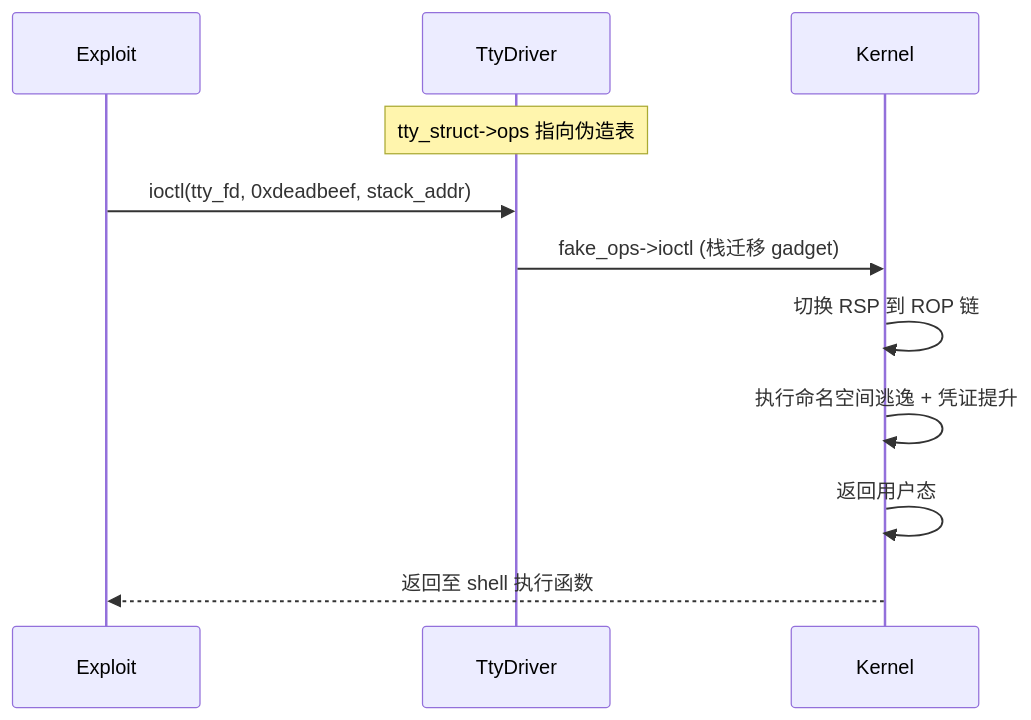
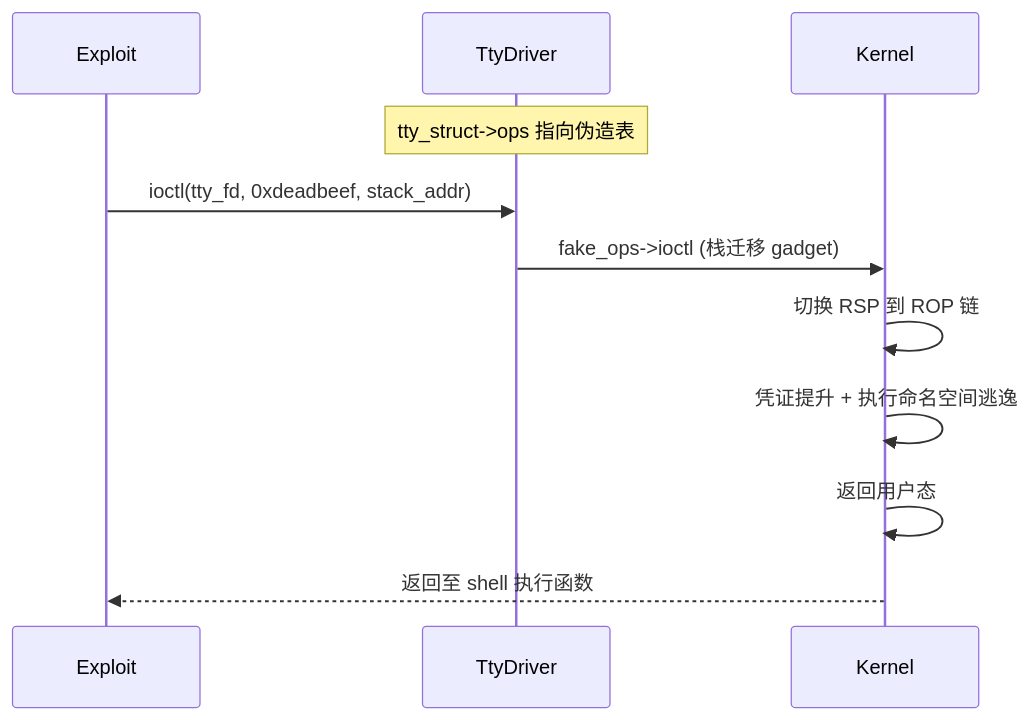
One commit to BinRacer/BinRacer.github.io changed diagram 14 of 52 in _posts/2026-05-24-KernelExploit-CVE-2021-22600.md. Above: the diagram before and after it, drawn with Mermaid. The commit also changed other lines of this file and 2 other files, not shown here.

Commit message:
update 【Kernel Exploit】CVE-2021-22600 漏洞分析

````diff
--- a/_posts/2026-05-24-KernelExploit-CVE-2021-22600.md
+++ b/_posts/2026-05-24-KernelExploit-CVE-2021-22600.md
@@ -841,14 +841,14 @@
 ```mermaid
 sequenceDiagram
     participant Exploit
     participant TtyDriver
     participant Kernel
 
     Note over TtyDriver: tty_struct->ops 指向伪造表
     Exploit->>TtyDriver: ioctl(tty_fd, 0xdeadbeef, stack_addr)
     TtyDriver->>Kernel: fake_ops->ioctl (栈迁移 gadget)
     Kernel->>Kernel: 切换 RSP 到 ROP 链
-    Kernel->>Kernel: 执行命名空间逃逸 + 凭证提升
+    Kernel->>Kernel: 凭证提升 + 执行命名空间逃逸
     Kernel->>Kernel: 返回用户态
     Kernel-->>Exploit: 返回至 shell 执行函数
 ```
````
